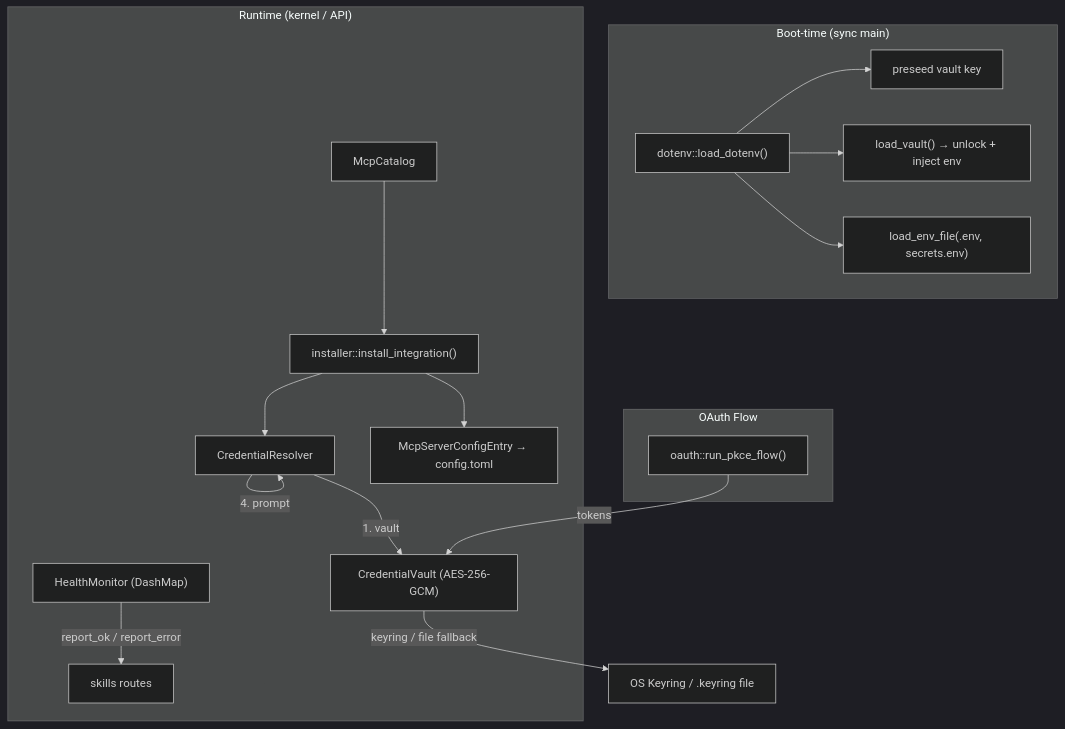
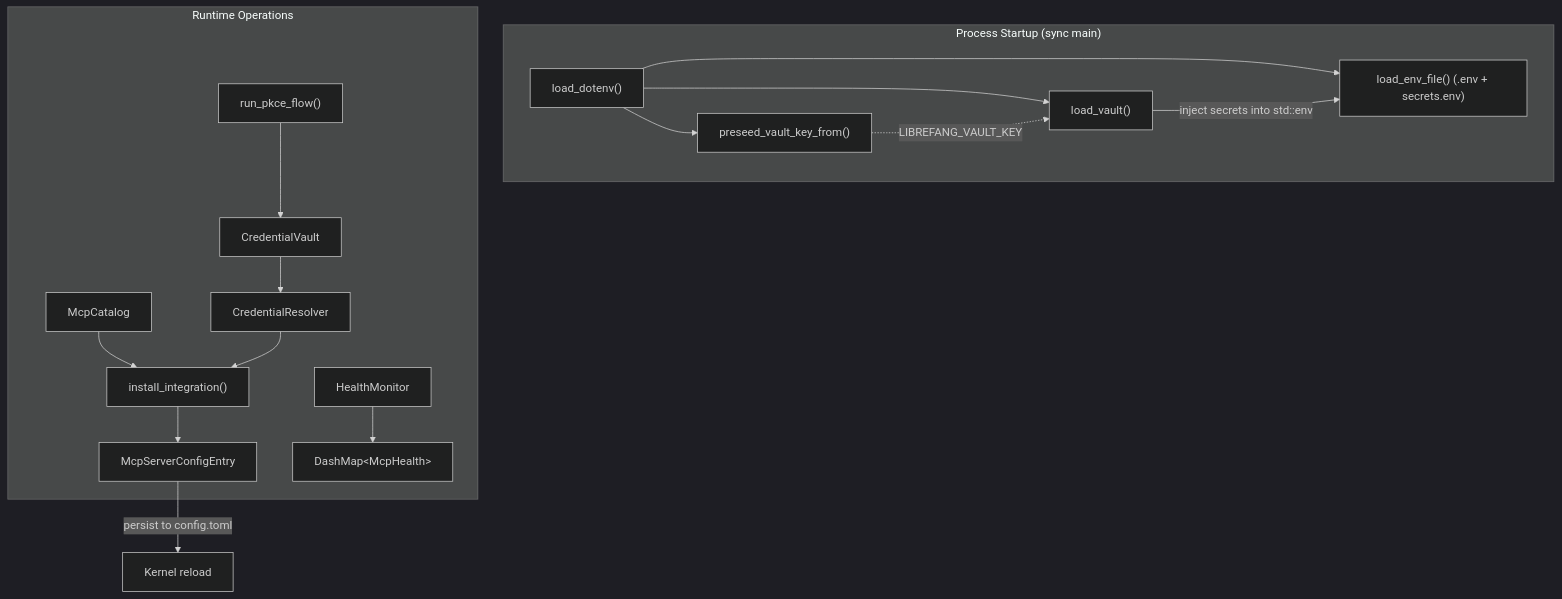
One commit to leszek3737/librefang-WIki changed the diagram in extensions-vault.md. Above: the diagram before and after it, drawn with Mermaid (dark theme). The commit also changed other lines of this file and 125 other files, not shown here.

````diff
--- a/extensions-vault.md
+++ b/extensions-vault.md
@@ -9,27 +11,21 @@
 ```mermaid
 graph TD
-    subgraph "Boot-time (sync main)"
-        DOTENV["dotenv::load_dotenv()"]
-        DOTENV --> PRE["preseed vault key"]
-        DOTENV --> VL["load_vault() → unlock + inject env"]
-        DOTENV --> EF["load_env_file(.env, secrets.env)"]
+    subgraph Startup ["Process Startup (sync main)"]
+        A["load_dotenv()"] --> B["preseed_vault_key_from()"]
+        A --> C["load_vault()"]
+        A --> D["load_env_file() (.env + secrets.env)"]
     end
 
-    subgraph "Runtime (kernel / API)"
-        CATALOG["McpCatalog"] --> INST["installer::install_integration()"]
-        INST --> CR["CredentialResolver"]
-        CR -->|1. vault| V["CredentialVault (AES-256-GCM)"]
-        CR -->|2. dotenv cache| CR
-        CR -->|3. env var| CR
-        CR -->|4. prompt| CR
-        INST --> CONFIG["McpServerConfigEntry → config.toml"]
-        HM["HealthMonitor (DashMap)"] -->|report_ok / report_error| ROUTES["skills routes"]
+    subgraph Runtime ["Runtime Operations"]
+        E["McpCatalog"] --> F["install_integration()"]
+        G["CredentialResolver"] --> F
+        H["CredentialVault"] --> G
+        F --> I["McpServerConfigEntry"]
+        J["HealthMonitor"] --> K["DashMap&lt;McpHealth&gt;"]
+        L["run_pkce_flow()"] --> H
     end
 
-    subgraph "OAuth Flow"
-        OAUTH["oauth::run_pkce_flow()"]
-        OAUTH -->|tokens| V
-    end
-
-    V -->|keyring / file fallback| OSKR["OS Keyring / .keyring file"]
+    B -.->|"LIBREFANG_VAULT_KEY"| C
+    C -->|"inject secrets into std::env"| D
+    I -->|"persist to config.toml"| M["Kernel reload"]
 ```
````
